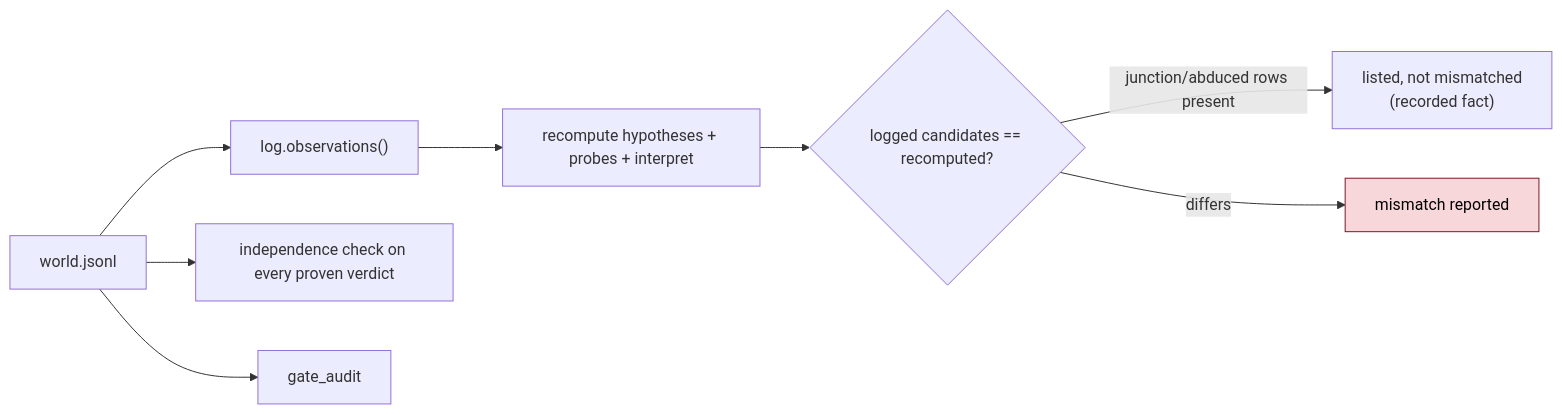
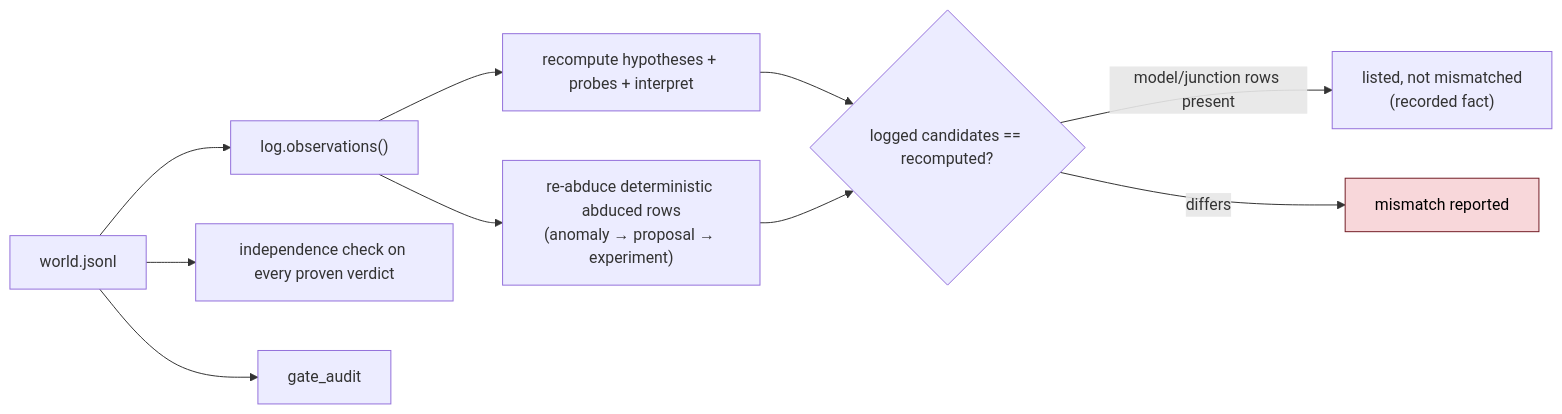
Before and after one commit to Haskeeb265/Attackbot-Minima: the ninth of 29 diagrams in docs/vuln_engine_docs/VULN_ENGINE_MASTER_REFERENCE.md, drawn with Mermaid. The commit also changed other lines of this file and 17 other files, not shown here.

````diff
--- a/docs/vuln_engine_docs/VULN_ENGINE_MASTER_REFERENCE.md
+++ b/docs/vuln_engine_docs/VULN_ENGINE_MASTER_REFERENCE.md
@@ -572,11 +578,13 @@
 ```mermaid
 flowchart LR
     LOG["world.jsonl"] --> OBSR["log.observations()"]
     OBSR --> REC["recompute hypotheses + probes + interpret"]
+    OBSR --> ABR["re-abduce deterministic abduced rows<br/>(anomaly → proposal → experiment)"]
     REC --> CMP{"logged candidates == recomputed?"}
-    CMP -->|"junction/abduced rows present"| LISTED["listed, not mismatched<br/>(recorded fact)"]
+    ABR --> CMP
+    CMP -->|"model/junction rows present"| LISTED["listed, not mismatched<br/>(recorded fact)"]
     CMP -->|differs| MISMATCH["mismatch reported"]
     LOG --> IND["independence check on every proven verdict"]
     LOG --> AUD["gate_audit"]
     style MISMATCH fill:#f8d7da,stroke:#721c24,color:#000
 ```
````
